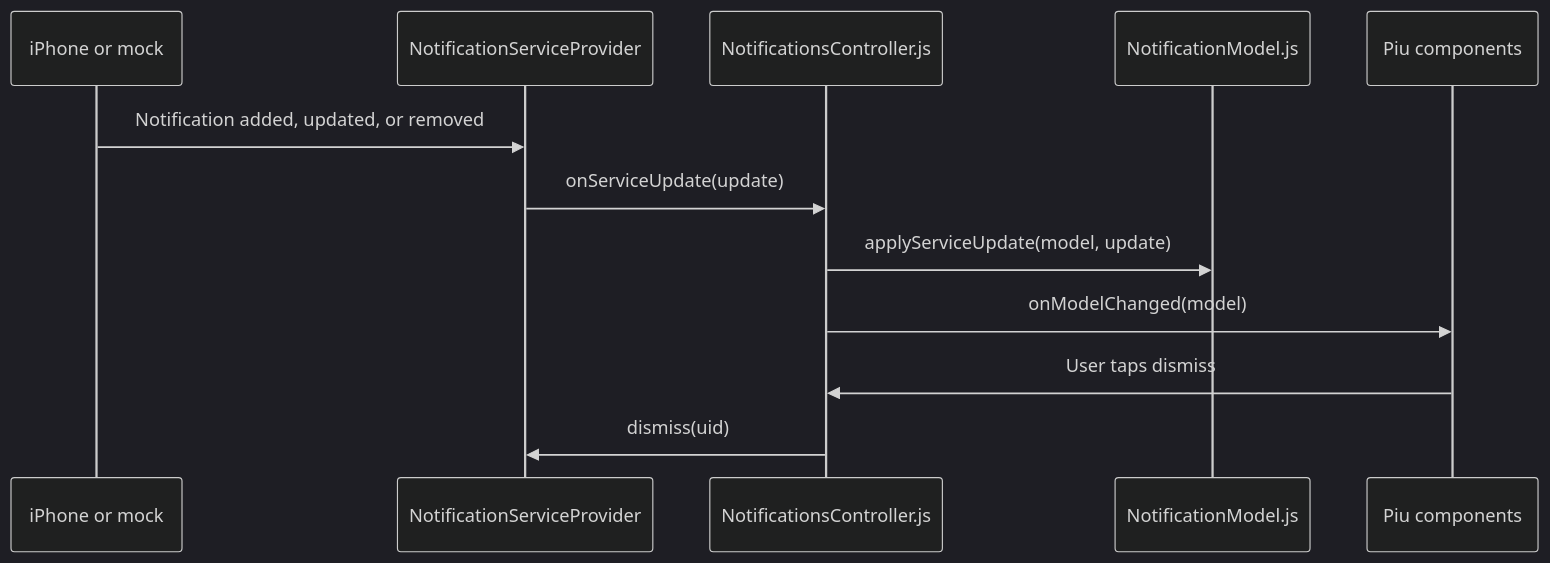
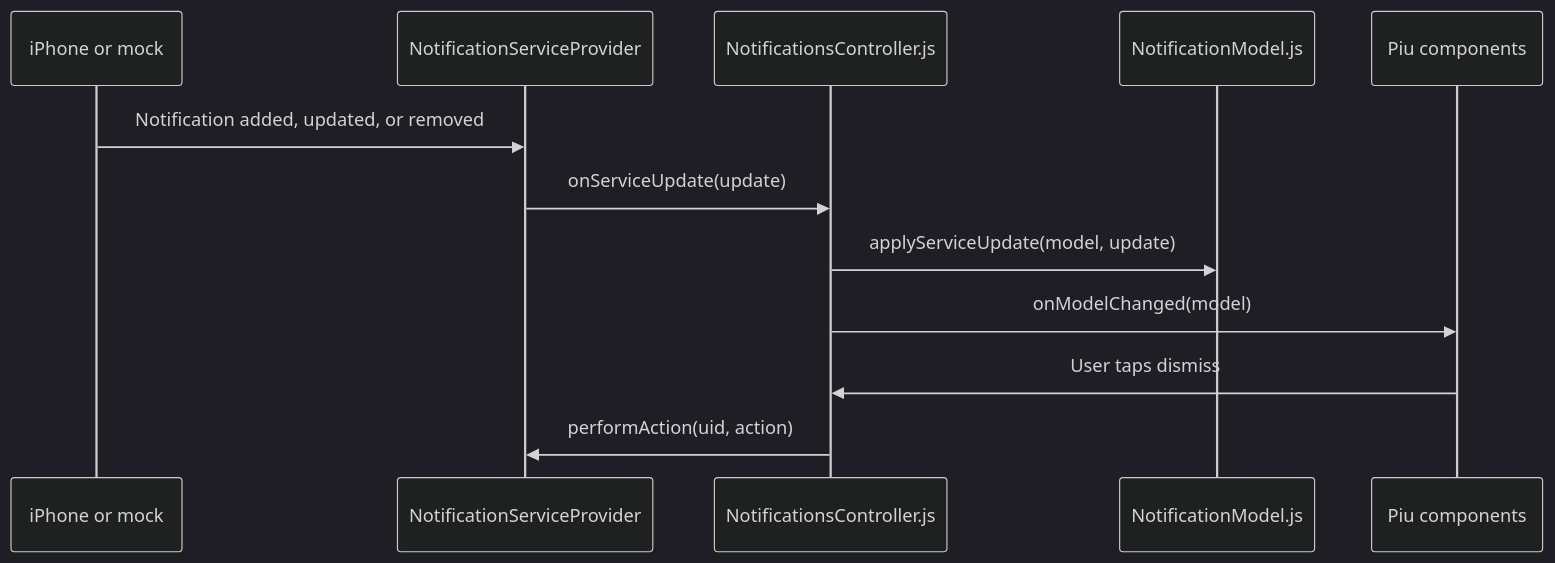
One commit to stc1988/moddable-mediaplayer changed the diagram in examples/ancs-notifications/README.md. Above: the diagram before and after it, drawn with Mermaid (dark theme). The commit also changed other lines of this file and 7 other files, not shown here.

````diff
--- a/examples/ancs-notifications/README.md
+++ b/examples/ancs-notifications/README.md
@@ -56,15 +57,15 @@
 ```mermaid
 sequenceDiagram
     participant Source as iPhone or mock
     participant Service as NotificationServiceProvider
     participant Controller as NotificationsController.js
     participant Model as NotificationModel.js
     participant View as Piu components
 
     Source->>Service: Notification added, updated, or removed
     Service->>Controller: onServiceUpdate(update)
     Controller->>Model: applyServiceUpdate(model, update)
     Controller->>View: onModelChanged(model)
     View->>Controller: User taps dismiss
-    Controller->>Service: dismiss(uid)
+    Controller->>Service: performAction(uid, action)
 ```
````
